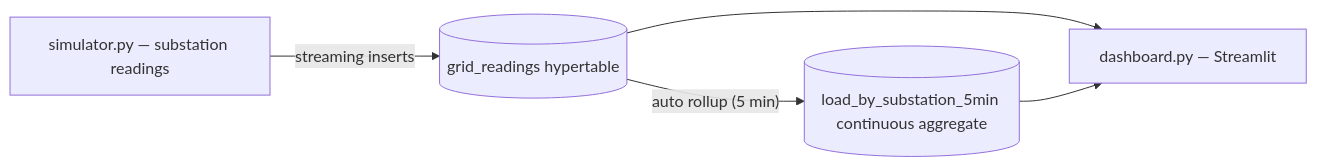
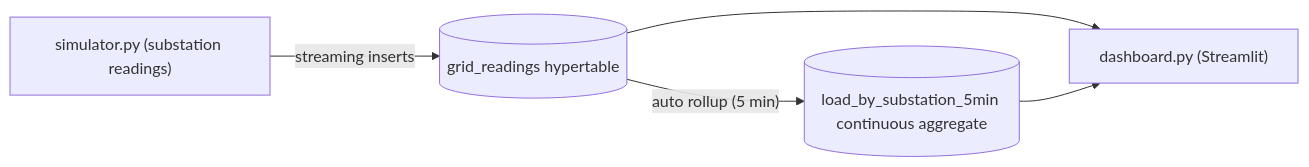
The diagram in README.md (princenzmw/voltstream), drawn with Mermaid before and after one commit. The commit also changed other lines of this file, not shown here.

````diff
--- a/README.md
+++ b/README.md
@@ -13,7 +9,7 @@
 ```mermaid
 flowchart LR
-    A["simulator.py — substation readings"] -->|"streaming inserts"| B[("grid_readings hypertable")]
+    A["simulator.py (substation readings)"] -->|"streaming inserts"| B[("grid_readings hypertable")]
     B -->|"auto rollup (5 min)"| C[("load_by_substation_5min continuous aggregate")]
-    B --> D["dashboard.py — Streamlit"]
+    B --> D["dashboard.py (Streamlit)"]
     C --> D
 ```
````
